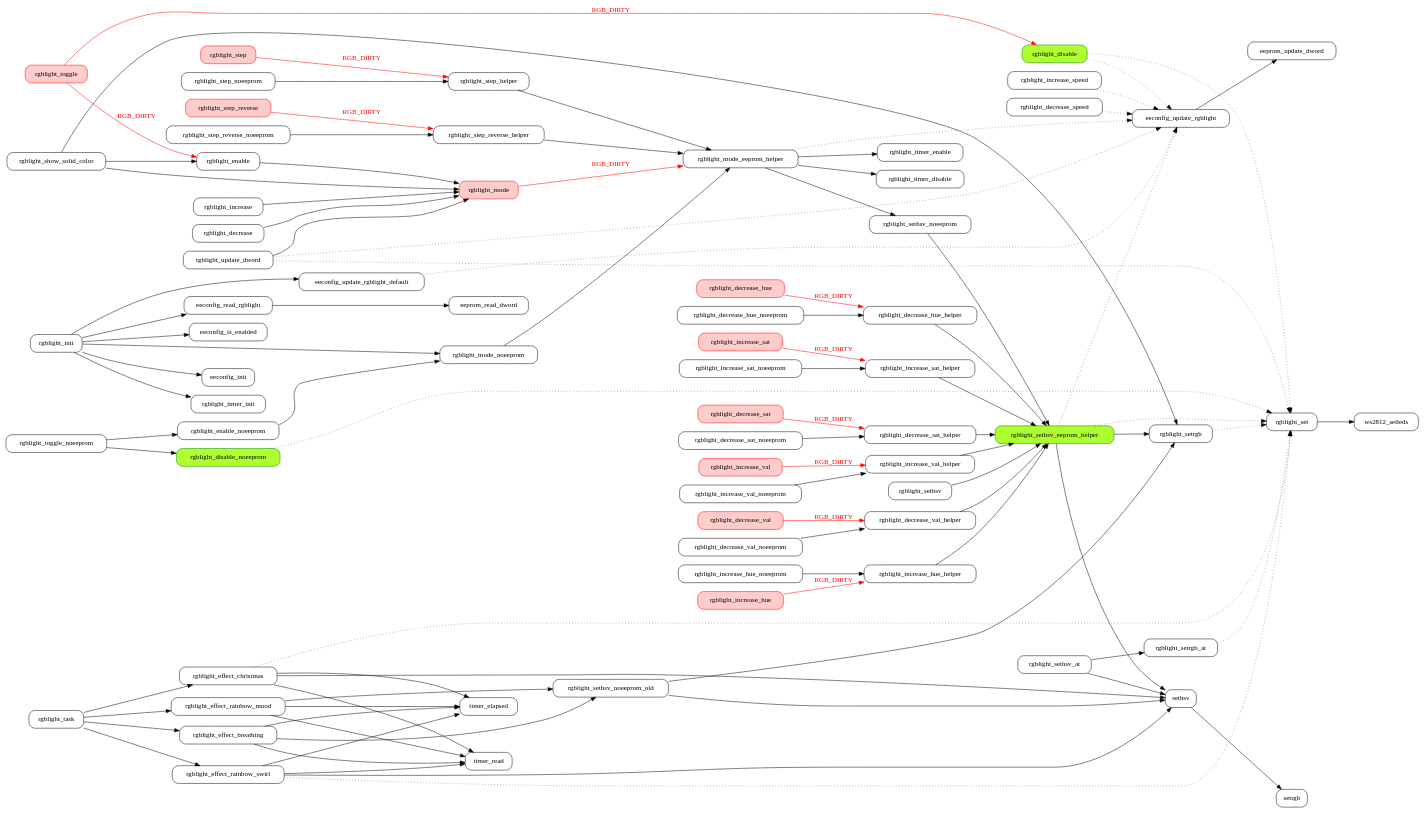
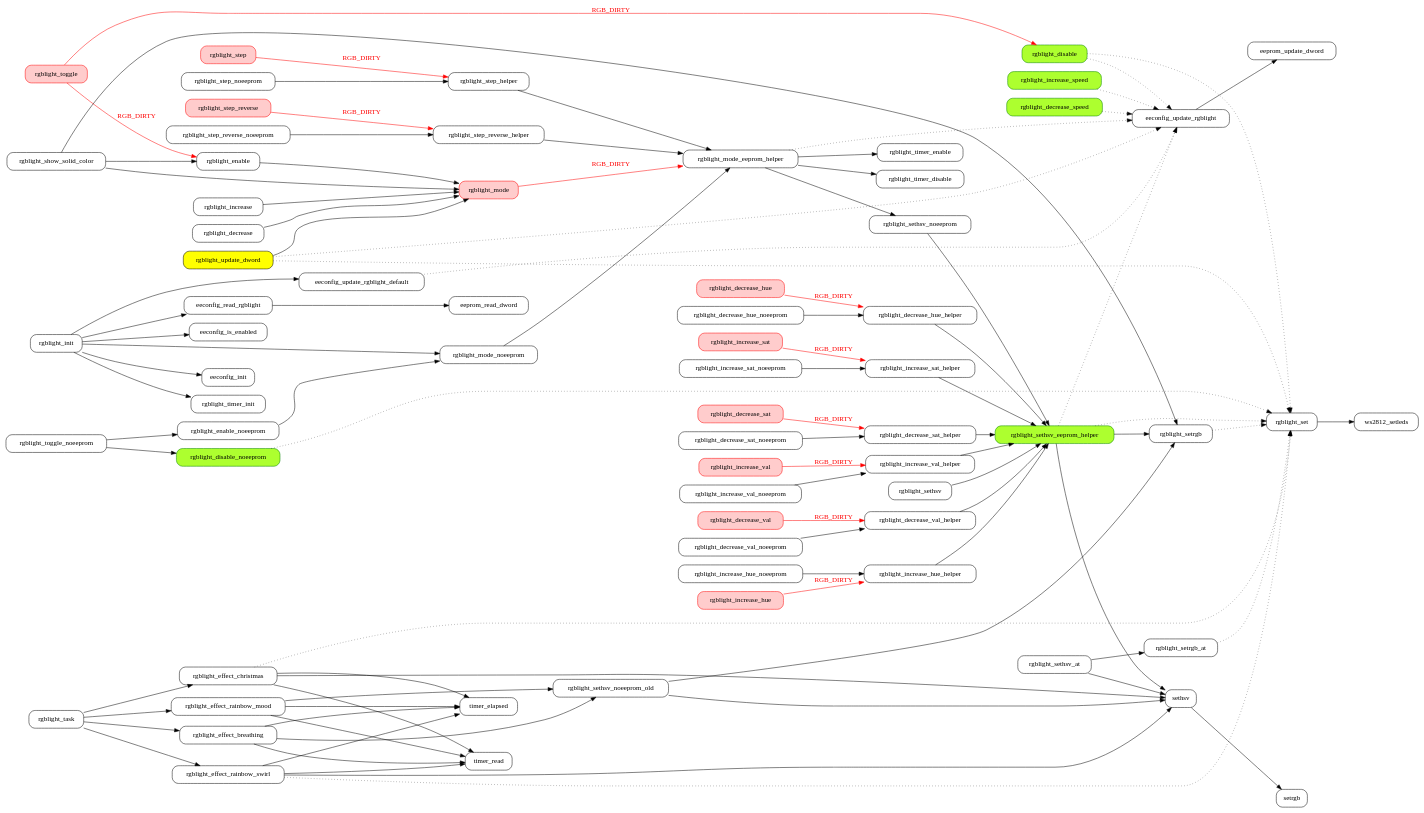
The diagram in quantum/rgblight-call-graph.dot (qmk/qmk_firmware), drawn with Graphviz before and after one commit.

Commit message:
update rgblight-call-graph.dot (temporary file)

```diff
--- a/quantum/rgblight-call-graph.dot
+++ b/quantum/rgblight-call-graph.dot
@@ -6,7 +6,8 @@
 //   % dot -Tpdf -o<output.pdf> rgblight-call-graph.dot
 //   % dot -Tpng -o<output.png> rgblight-call-graph.dot
 //
-// result: https://i.imgur.com/euCQswD.png
+// result 2019-1-29: https://i.imgur.com/euCQswD.png
+// result 2019-1-31: https://i.imgur.com/S9N9sNk.png
 
 digraph rgblight_call_graph {
 graph [ rankdir = LR ];
@@ -32,8 +33,8 @@
 eeconfig_update_rgblight_default
 // eeconfig_debug_rgblight
 // rgblight_get_mode
-rgblight_increase_speed
-rgblight_decrease_speed
+rgblight_increase_speed [style = "rounded,filled", color = green, fillcolor = greenyellow]
+rgblight_decrease_speed [style = "rounded,filled", color = green, fillcolor = greenyellow]
 // rgblight_get_hue
 // rgblight_get_sat
 // rgblight_get_val
@@ -77,7 +78,7 @@
 rgblight_enable_noeeprom
 rgblight_setrgb_at
 rgblight_sethsv_at
-rgblight_update_dword
+rgblight_update_dword [style = "rounded,filled", fillcolor = yellow]
 rgblight_disable [style = "rounded,filled", color = green, fillcolor = greenyellow]
 rgblight_toggle
 rgblight_disable_noeeprom [style = "rounded,filled", color = green, fillcolor = greenyellow]
```
